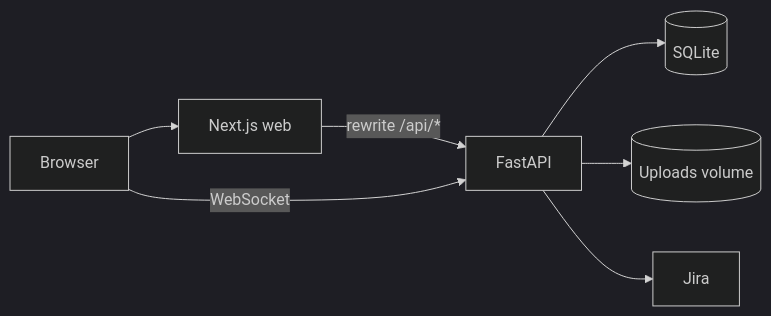
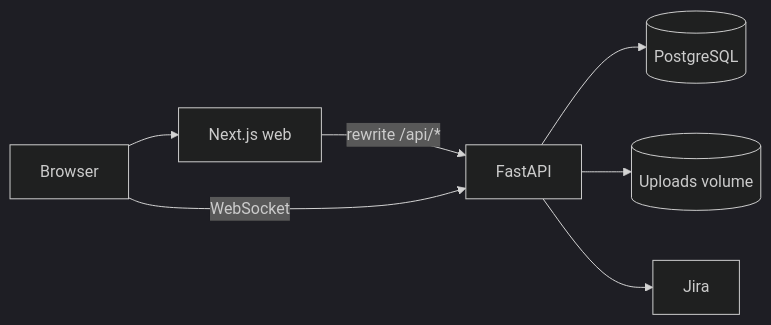
The diagram in docs/diagrams/01-runtime.md (maedehshoeib/jira_form), drawn with Mermaid (dark theme) before and after one commit. The commit also changed 15 other files, not shown here.

````diff
--- a/docs/diagrams/01-runtime.md
+++ b/docs/diagrams/01-runtime.md
@@ -3,9 +3,9 @@
 ```mermaid
 flowchart LR
   B[Browser] --> W[Next.js web]
   W -->|rewrite /api/*| A[FastAPI]
   B -->|WebSocket| A
-  A --> D[(SQLite)]
+  A --> D[(PostgreSQL)]
   A --> U[(Uploads volume)]
   A --> J[Jira]
 ```
````
